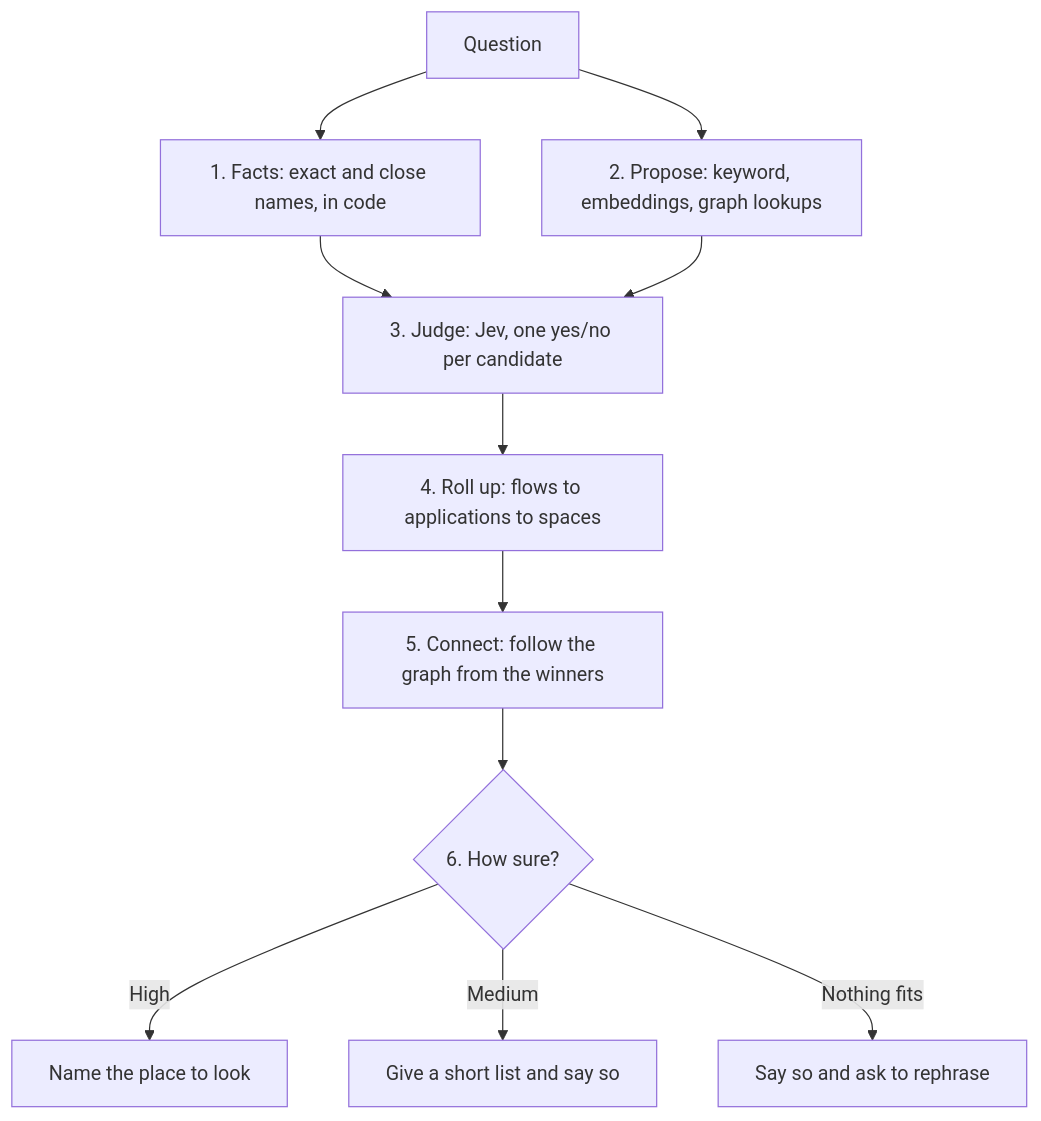
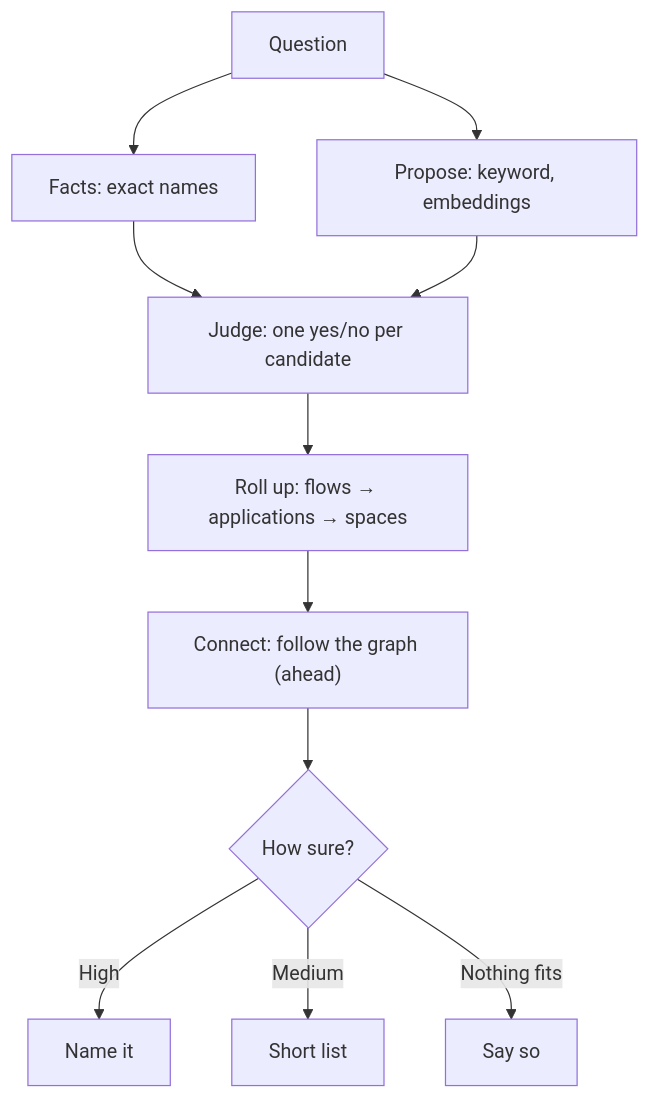
Before and after one commit to KBavis/steno: the diagram in docs/plan/routing-design.md, drawn with Mermaid. The commit also changed other lines of this file and 35 other files, not shown here.

First line of the commit message:
docs: simplify the docs and record D150 (flows-first routing)

````diff
--- a/docs/plan/routing-design.md
+++ b/docs/plan/routing-design.md
@@ -7,13 +10,12 @@
 ```mermaid
 flowchart TD
-    Q[Question] --> F["1. Facts: exact and close names, in code"]
-    Q --> P["2. Propose: keyword, embeddings, graph lookups"]
-    F --> J
-    P --> J["3. Judge: Jev, one yes/no per candidate"]
-    J --> R["4. Roll up: flows to applications to spaces"]
-    R --> C["5. Connect: follow the graph from the winners"]
-    C --> A{"6. How sure?"}
-    A -->|High| H[Name the place to look]
-    A -->|Medium| M[Give a short list and say so]
-    A -->|Nothing fits| N[Say so and ask to rephrase]
+    Q[Question] --> F["Facts: exact names"]
+    Q --> P["Propose: keyword, embeddings"]
+    F & P --> J["Judge: one yes/no per candidate"]
+    J --> R["Roll up: flows → applications → spaces"]
+    R --> C["Connect: follow the graph (ahead)"]
+    C --> A{"How sure?"}
+    A -->|High| H[Name it]
+    A -->|Medium| M[Short list]
+    A -->|Nothing fits| N[Say so]
 ```
````
